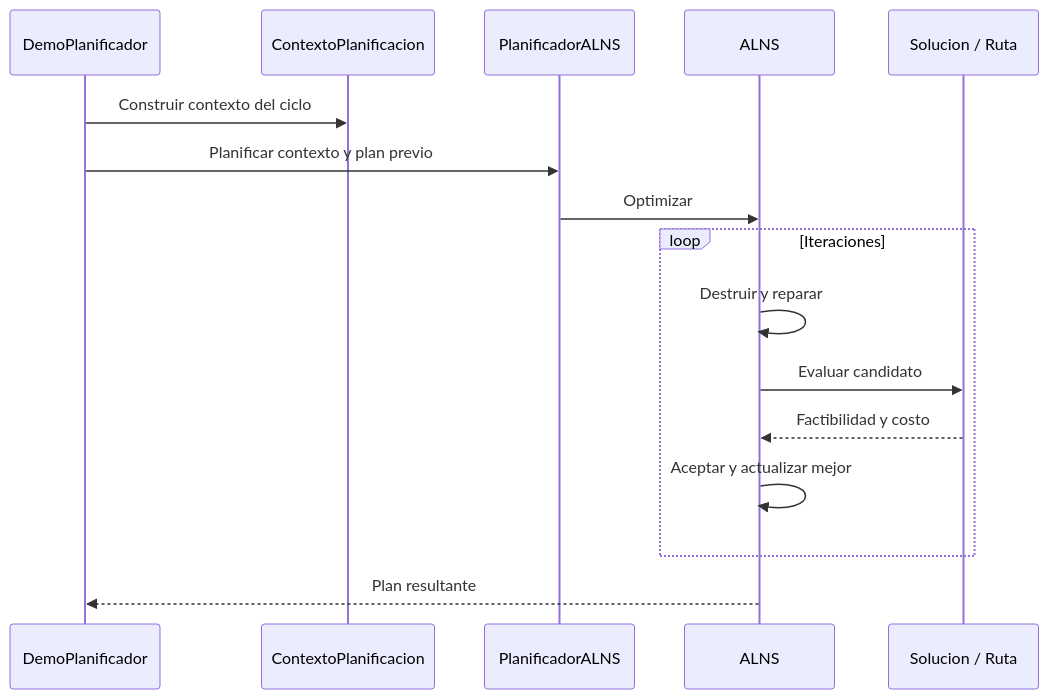
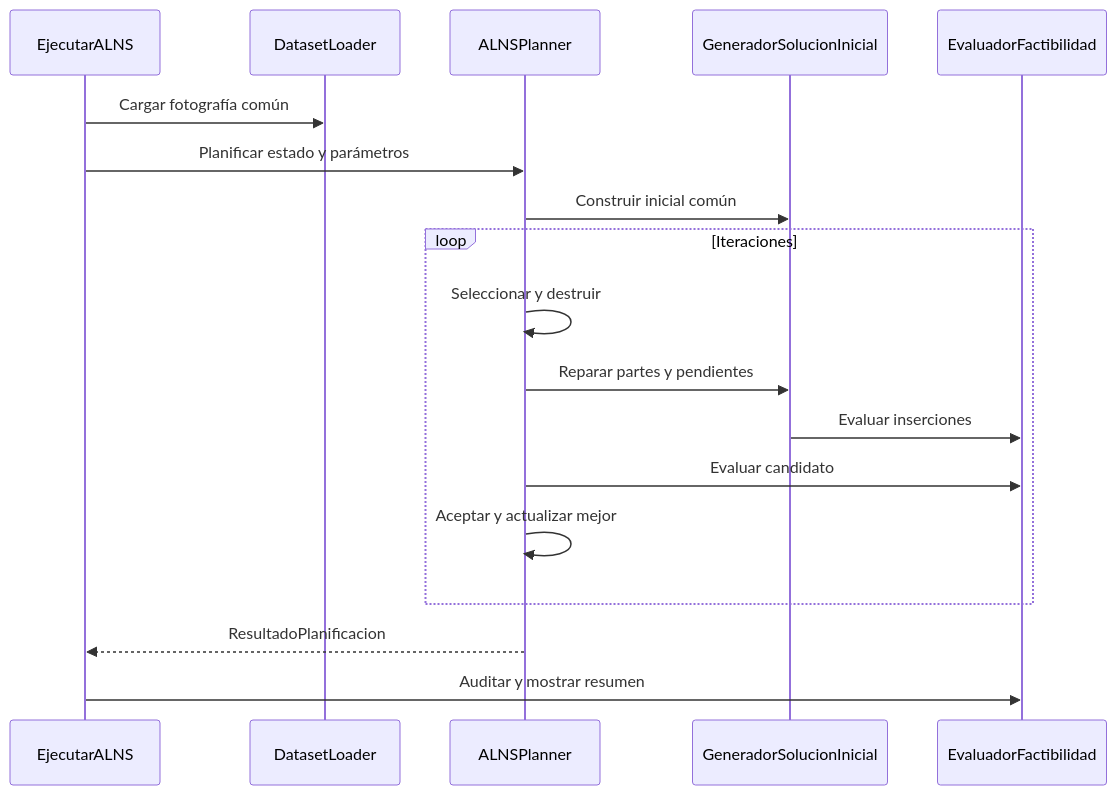
Before and after one commit to Gandy-Zinanyuca/DP1-G6F-Prototipo: the diagram in algoritmos/alns/README.md, drawn with Mermaid. The commit also changed other lines of this file and 39 other files, not shown here.

````diff
--- a/algoritmos/alns/README.md
+++ b/algoritmos/alns/README.md
@@ -45,18 +20,20 @@
 ```mermaid
 sequenceDiagram
-    participant D as DemoPlanificador
-    participant C as ContextoPlanificacion
-    participant P as PlanificadorALNS
-    participant A as ALNS
-    participant E as Solucion / Ruta
-    D->>C: Construir contexto del ciclo
-    D->>P: Planificar contexto y plan previo
-    P->>A: Optimizar
+    participant CLI as EjecutarALNS
+    participant L as DatasetLoader
+    participant A as ALNSPlanner
+    participant G as GeneradorSolucionInicial
+    participant E as EvaluadorFactibilidad
+    CLI->>L: Cargar fotografía común
+    CLI->>A: Planificar estado y parámetros
+    A->>G: Construir inicial común
     loop Iteraciones
-        A->>A: Destruir y reparar
+        A->>A: Seleccionar y destruir
+        A->>G: Reparar partes y pendientes
+        G->>E: Evaluar inserciones
         A->>E: Evaluar candidato
-        E-->>A: Factibilidad y costo
         A->>A: Aceptar y actualizar mejor
     end
-    A-->>D: Plan resultante
+    A-->>CLI: ResultadoPlanificacion
+    CLI->>E: Auditar y mostrar resumen
 ```
````
